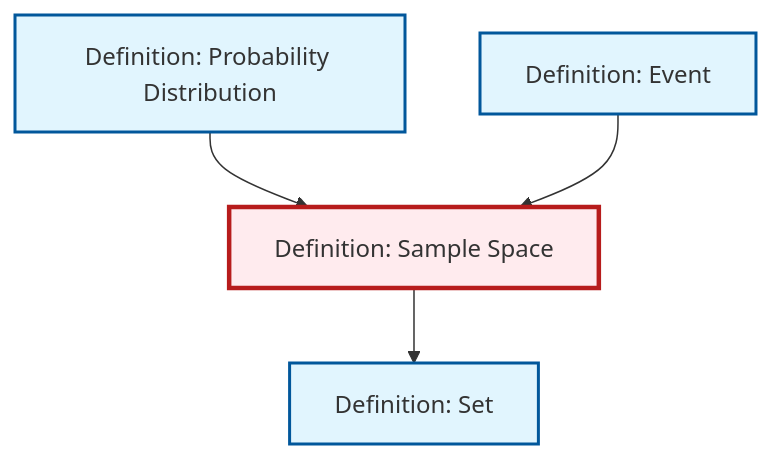
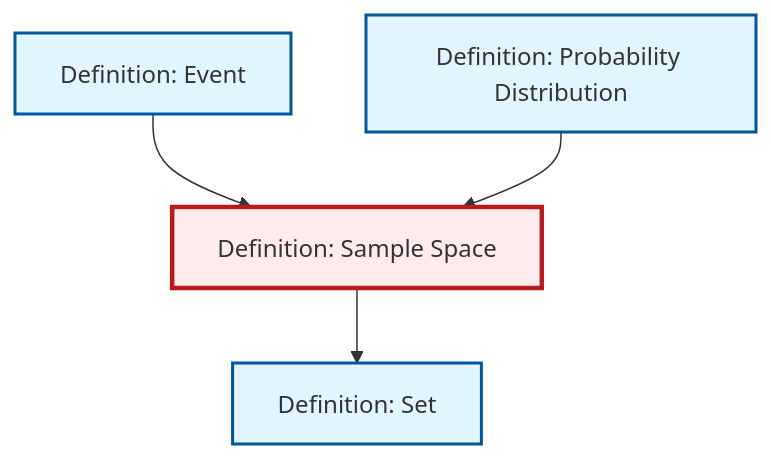
Before and after one commit to RK0429/ModernMath: the diagram in content/en/probability-statistics/def-sample-space.qmd, drawn with Mermaid. The commit also changed other lines of this file and 328 other files, not shown here.

````diff
--- a/content/en/probability-statistics/def-sample-space.qmd
+++ b/content/en/probability-statistics/def-sample-space.qmd
@@ -57,20 +57,20 @@
 ```{mermaid}
 %%| fig-cap: "Local dependency graph"
 graph TD
     classDef definition fill:#e1f5fe,stroke:#01579b,stroke-width:2px
     classDef theorem fill:#f3e5f5,stroke:#4a148c,stroke-width:2px
     classDef axiom fill:#fff3e0,stroke:#e65100,stroke-width:2px
     classDef example fill:#e8f5e9,stroke:#1b5e20,stroke-width:2px
     classDef current fill:#ffebee,stroke:#b71c1c,stroke-width:3px
     def-set["Definition: Set"]:::definition
+    def-probability-distribution["Definition: Probability Distribution"]:::definition
+    def-event["Definition: Event"]:::definition
     def-sample-space["Definition: Sample Space"]:::definition
-    def-event["Definition: Event"]:::definition
-    def-probability-distribution["Definition: Probability Distribution"]:::definition
+    def-event --> def-sample-space
     def-probability-distribution --> def-sample-space
-    def-event --> def-sample-space
     def-sample-space --> def-set
     class def-sample-space current
     click def-set "def-set.html" "Go to Set definition"
+    click def-probability-distribution "def-probability-distribution.html" "Go to Probability Distribution definition"
     click def-event "def-event.html" "Go to Event definition"
-    click def-probability-distribution "def-probability-distribution.html" "Go to Probability Distribution definition"
 ```
````
